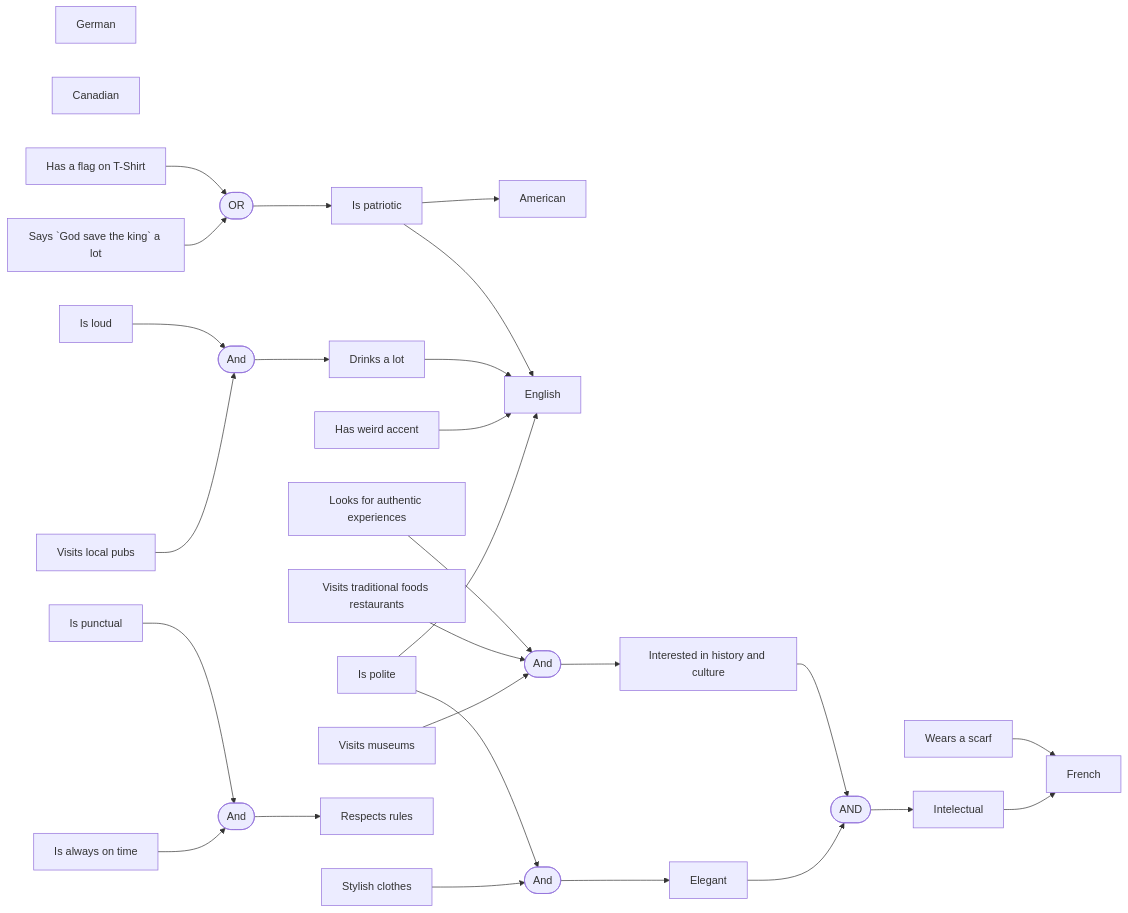
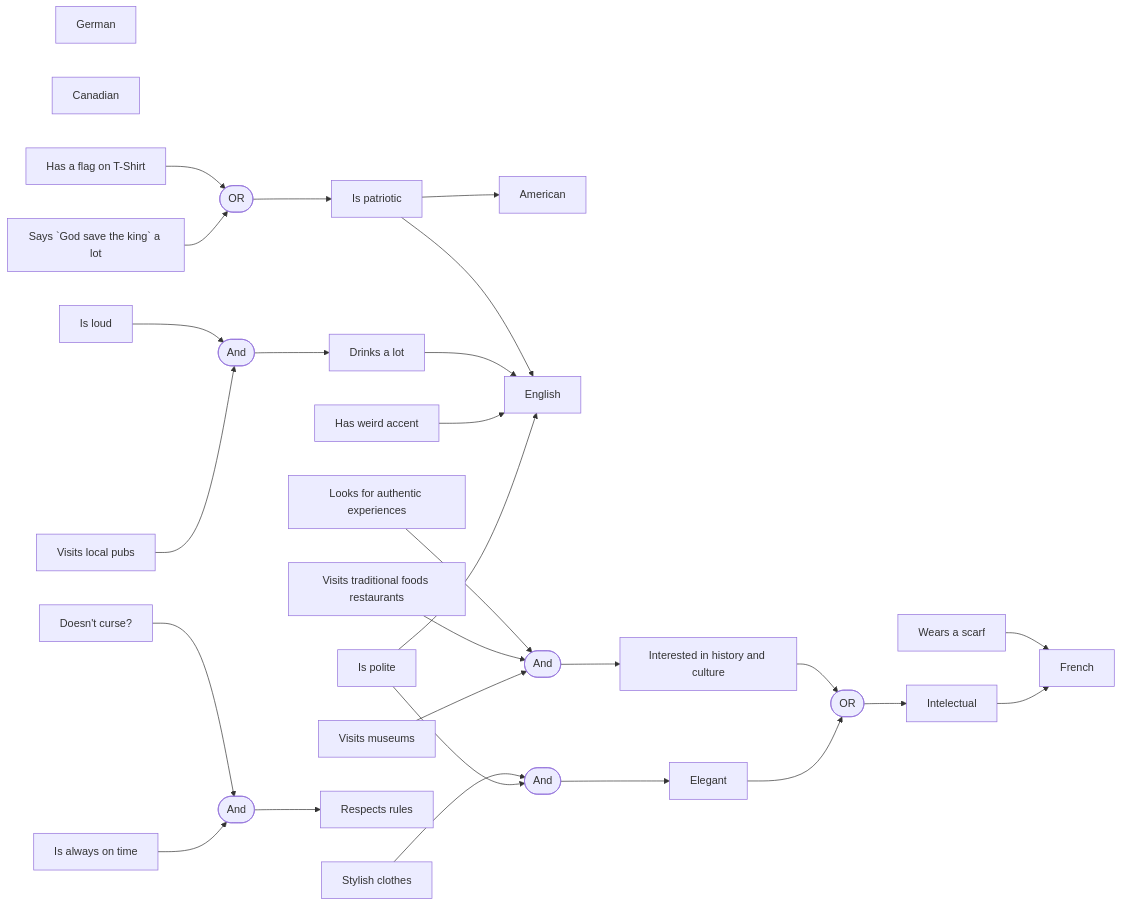
Before and after one commit to alya1007/ai-labs: the diagram in diagram.mmd, drawn with Mermaid. The commit also changed other lines of this file, not shown here.

Commit message:
refactor diagram structure

```diff
--- a/diagram.mmd
+++ b/diagram.mmd
@@ -1,39 +1,33 @@
 %% graph LR;
 %%     A-->N-->|YES|B;
 %%     A-->C;
 %%     B-->D;
 %%     C-->B;
 
 graph LR;
-    A[American];
-    B[English];
-    C[French];
-    D[German];
-    CND[Canadian];
+    American[American];
+    English[English];
+    French[French];
+    German[German];
+    Canadian[Canadian];
 
-    H[Stylish clothes]-->G;
-    F-->G([And]);
-    F[Is polite]-->B[English];
-    G-->I[Elegant]-->OR_2([AND]);
-    J[Visits museums]-->K([And]);
-    L[Visits traditional foods restaurants]-->K;
-    M[Looks for authentic experiences]-->K;
-    K-->N[Interested in history and culture]-->OR_2-->INTELECTUAL[Intelectual]-->C;
-    O[Has weird accent]-->B
+    Polite[Is polite]-->English;
+    Polite-->G([And]);
+    Stylish[Stylish clothes]-->G-->Elegant[Elegant]-->OR_2([OR]);
+    Museums[Visits museums]-->K([And]);
+    Traditional[Visits traditional foods restaurants]-->K;
+    Authentic[Looks for authentic experiences]-->K;
+    K-->History[Interested in history and culture]-->OR_2-->Intelectual[Intelectual]-->French;
+    Accent[Has weird accent]-->English
 
-    P[Visits local pubs]-->Q([And]);
-    R[Is loud]-->Q;
-    Q-->S[Drinks a lot];
-    S-->B
+    Pubs[Visits local pubs]-->Q([And]);
+    Loud[Is loud]-->Q-->Drinks[Drinks a lot]-->English
 
-    T[Is always on time]-->U([And]);
-    V[Is punctual]-->U;
-    U-->W[Respects rules];
+    Time[Is always on time]-->U([And]);
+    Curse[Doesn't curse?]-->U-->Rules[Respects rules];
 
-    X[Says `God save the king` a lot]-->OR([OR]);
-    Y[Has a flag on T-Shirt]-->OR;
-    OR-->Z[Is patriotic];
-    Z-->B
-    Z-->A
+    God[Says `God save the king` a lot]-->OR([OR]);
+    Y[Has a flag on T-Shirt]-->OR-->Patriotic[Is patriotic]-->English
+    Patriotic-->American
 
-    SCARF[Wears a scarf]-->C
+    Scarf[Wears a scarf]-->French;
```
